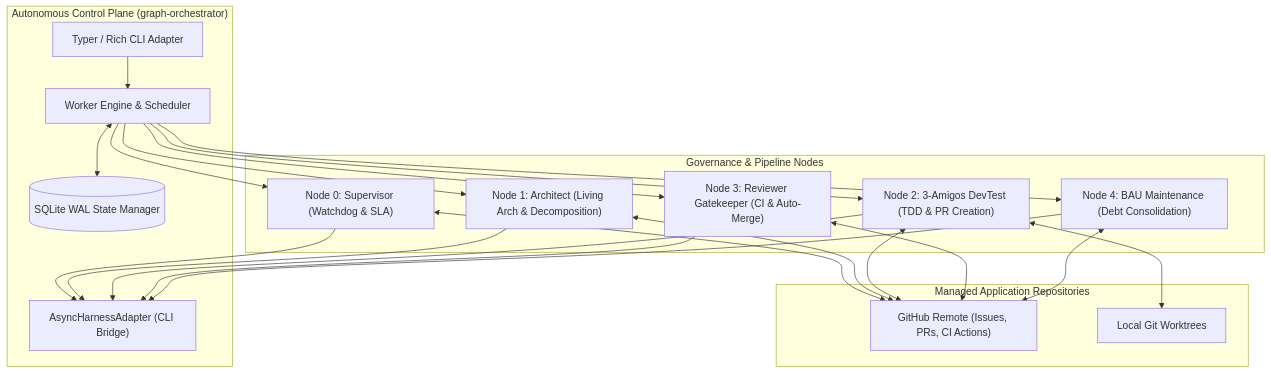
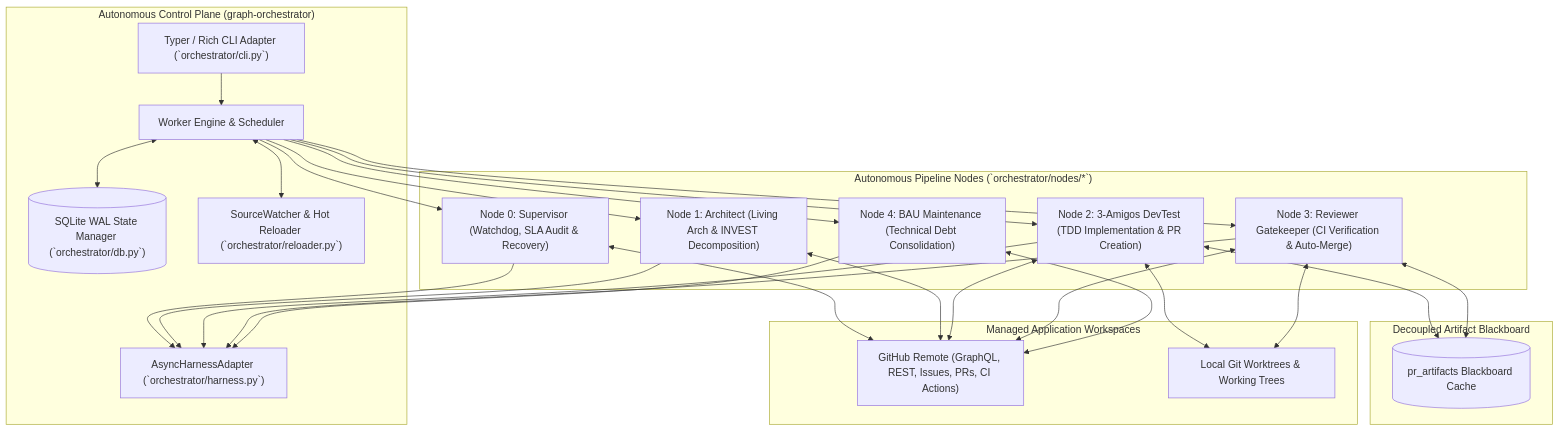
The first of 4 diagrams in .graph/architecture.md (AntaresAndBharani/graph-engineering), drawn with Mermaid before and after one commit. The commit also changed other lines of this file, not shown here.

Commit message:
docs(architecture): update architectural standards

````diff
--- a/.graph/architecture.md
+++ b/.graph/architecture.md
@@ -17,29 +17,36 @@
 ```mermaid
 flowchart TD
     subgraph Control Plane ["Autonomous Control Plane (graph-orchestrator)"]
-        CLI["Typer / Rich CLI Adapter"]
+        CLI["Typer / Rich CLI Adapter (`orchestrator/cli.py`)"]
         Core["Worker Engine & Scheduler"]
-        State[("SQLite WAL State Manager")]
-        Adapter["AsyncHarnessAdapter (CLI Bridge)"]
+        State[("SQLite WAL State Manager (`orchestrator/db.py`)")]
+        Reloader["SourceWatcher & Hot Reloader (`orchestrator/reloader.py`)"]
+        Adapter["AsyncHarnessAdapter (`orchestrator/harness.py`)"]
     end
 
-    subgraph Governance & Pipeline Nodes
-        N0["Node 0: Supervisor (Watchdog & SLA)"]
-        N1["Node 1: Architect (Living Arch & Decomposition)"]
-        N2["Node 2: 3-Amigos DevTest (TDD & PR Creation)"]
-        N3["Node 3: Reviewer Gatekeeper (CI & Auto-Merge)"]
-        N4["Node 4: BAU Maintenance (Debt Consolidation)"]
+    subgraph Governance & Pipeline Nodes ["Autonomous Pipeline Nodes (`orchestrator/nodes/*`)"]
+        N0["Node 0: Supervisor (Watchdog, SLA Audit & Recovery)"]
+        N1["Node 1: Architect (Living Arch & INVEST Decomposition)"]
+        N2["Node 2: 3-Amigos DevTest (TDD Implementation & PR Creation)"]
+        N3["Node 3: Reviewer Gatekeeper (CI Verification & Auto-Merge)"]
+        N4["Node 4: BAU Maintenance (Technical Debt Consolidation)"]
     end
 
-    subgraph Managed Application Repositories
-        GH["GitHub Remote (Issues, PRs, CI Actions)"]
-        LocalGit["Local Git Worktrees"]
+    subgraph Blackboard Layer ["Decoupled Artifact Blackboard"]
+        BB[("pr_artifacts Blackboard Cache")]
+    end
+
+    subgraph Managed Target Repositories ["Managed Application Workspaces"]
+        GH["GitHub Remote (GraphQL, REST, Issues, PRs, CI Actions)"]
+        LocalGit["Local Git Worktrees & Working Trees"]
     end
 
     CLI --> Core
     Core <--> State
+    Core <--> Reloader
     Core --> N0 & N1 & N2 & N3 & N4
     N0 & N1 & N2 & N3 & N4 --> Adapter
     N0 & N1 & N2 & N3 & N4 <--> GH
-    N2 <--> LocalGit
+    N2 & N3 <--> LocalGit
+    N2 & N3 <--> BB
 ```
````
